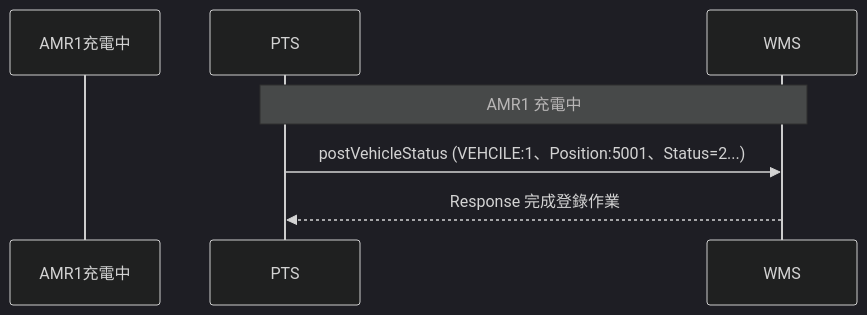
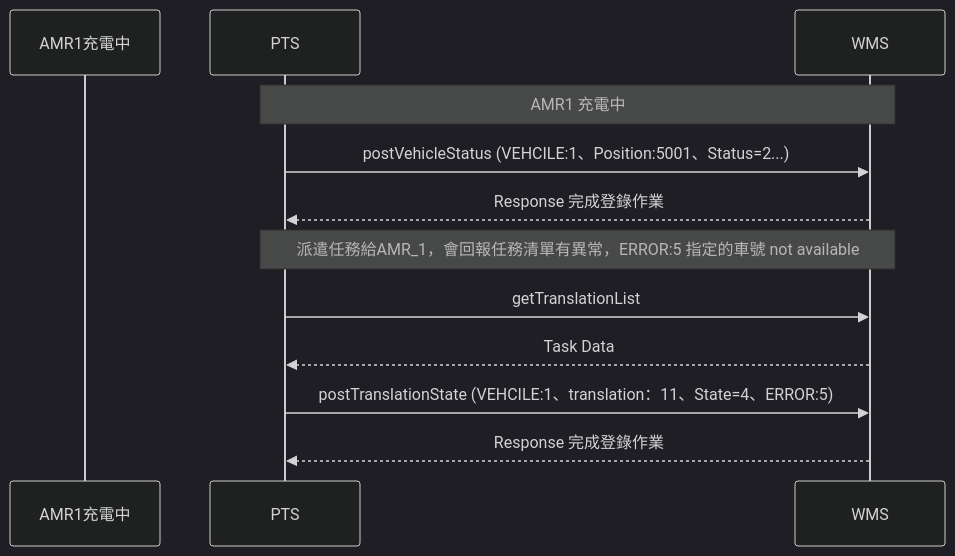
One commit to athena-tircgo/amr-wms-lsj changed the ninth of 9 diagrams in README.md. Above: the diagram before and after it, drawn with Mermaid (dark theme). The commit also changed other lines of this file, not shown here.

````diff
--- a/README.md
+++ b/README.md
@@ -428,11 +430,18 @@
 ```mermaid
 sequenceDiagram
     participant AMR1充電中
     participant PTS
     participant WMS
 
 note over PTS,WMS: AMR1 充電中
      PTS->>WMS: postVehicleStatus (VEHCILE:1、Position:5001、Status=2...)
      WMS-->>PTS:Response 完成登錄作業
-  
+
+note over PTS,WMS:派遣任務給AMR_1，會回報任務清單有異常，ERROR:5 指定的車號 not available
+     PTS->>WMS: getTranslationList
+     WMS-->>PTS: Task Data
+     PTS->>WMS: postTranslationState (VEHCILE:1、translation：11、State=4、ERROR:5)
+     WMS-->>PTS:Response 完成登錄作業
+
+
 ```
````
